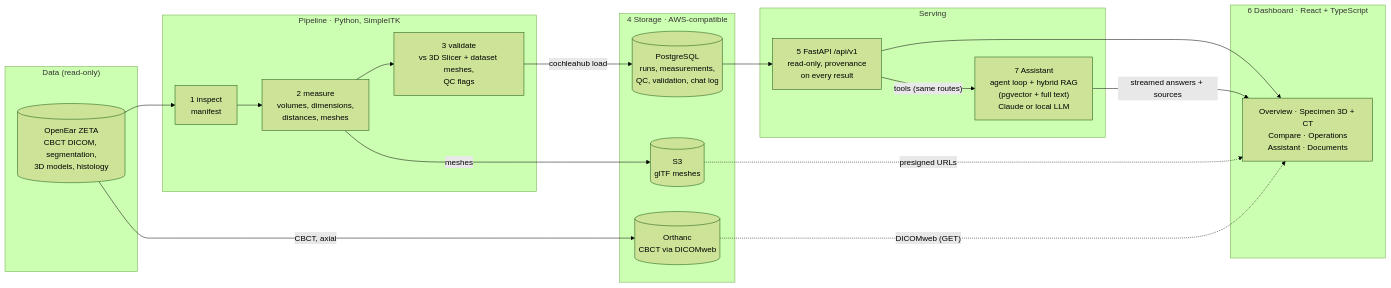
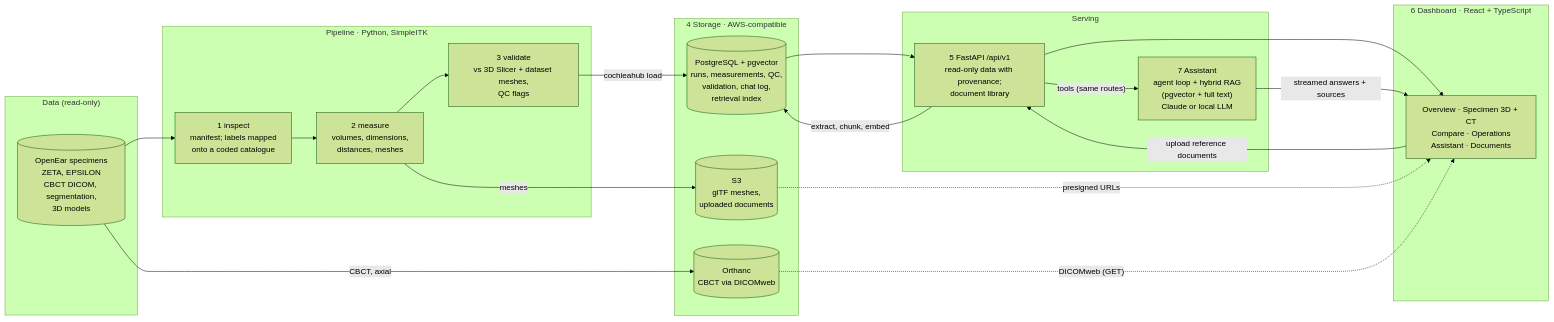
The first of 2 diagrams in README.md (ZeeetOne/CochleaHub), drawn with Mermaid (forest theme) before and after one commit. The commit also changed other lines of this file, not shown here.

Commit message:
docs: update the README for two specimens, pgvector retrieval and the document library

````diff
--- a/README.md
+++ b/README.md
@@ -17,39 +17,41 @@
 ```mermaid
 flowchart LR
     subgraph data["Data (read-only)"]
-        DS[("OpenEar ZETA<br/>CBCT DICOM, segmentation,<br/>3D models, histology")]
+        DS[("OpenEar specimens<br/>ZETA, EPSILON<br/>CBCT DICOM, segmentation,<br/>3D models")]
     end
 
     subgraph pipeline["Pipeline · Python, SimpleITK"]
-        P1["1 inspect<br/>manifest"]
+        P1["1 inspect<br/>manifest; labels mapped<br/>onto a coded catalogue"]
         P2["2 measure<br/>volumes, dimensions,<br/>distances, meshes"]
         P3["3 validate<br/>vs 3D Slicer + dataset meshes,<br/>QC flags"]
         P1 --> P2 --> P3
     end
 
     subgraph storage["4 Storage · AWS-compatible"]
-        PG[("PostgreSQL<br/>runs, measurements,<br/>QC, validation, chat log")]
-        S3[("S3<br/>glTF meshes")]
+        PG[("PostgreSQL + pgvector<br/>runs, measurements, QC,<br/>validation, chat log,<br/>retrieval index")]
+        S3[("S3<br/>glTF meshes,<br/>uploaded documents")]
         OR[("Orthanc<br/>CBCT via DICOMweb")]
     end
 
     subgraph serve["Serving"]
-        API["5 FastAPI /api/v1<br/>read-only, provenance<br/>on every result"]
+        API["5 FastAPI /api/v1<br/>read-only data with provenance;<br/>document library"]
         AS["7 Assistant<br/>agent loop + hybrid RAG<br/>(pgvector + full text)<br/>Claude or local LLM"]
     end
 
     subgraph ui["6 Dashboard · React + TypeScript"]
         UI["Overview · Specimen 3D + CT<br/>Compare · Operations<br/>Assistant · Documents"]
     end
 
     DS --> P1
     DS -- "CBCT, axial" --> OR
     P3 -- "cochleahub load" --> PG
     P2 -- "meshes" --> S3
     PG --> API
     S3 -. "presigned URLs" .-> UI
     OR -. "DICOMweb (GET)" .-> UI
     API --> UI
     API -- "tools (same routes)" --> AS
     AS -- "streamed answers + sources" --> UI
+    UI -- "upload reference documents" --> API
+    API -- "extract, chunk, embed" --> PG
 ```
````
